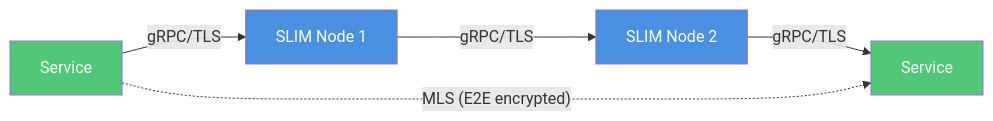
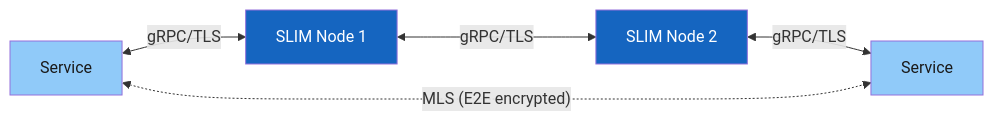
Before and after one commit to agntcy/blogs: the fourth of 7 diagrams in presentations/slim-multicluster-demo/slim-multicluster-demo.md, drawn with Mermaid. The commit also changed other lines of this file, not shown here.

````diff
--- a/presentations/slim-multicluster-demo/slim-multicluster-demo.md
+++ b/presentations/slim-multicluster-demo/slim-multicluster-demo.md
@@ -225,13 +225,13 @@
 ```mermaid
 graph LR
-    A1[Service] -- "gRPC/TLS" --> SN1[SLIM Node 1]
-    SN1 -- "gRPC/TLS" --> SN2[SLIM Node 2]
-    SN2 -- "gRPC/TLS" --> A2[Service]
+    A1[Service] <-- "gRPC/TLS" --> SN1[SLIM Node 1]
+    SN1 <-- "gRPC/TLS" --> SN2[SLIM Node 2]
+    SN2 <-- "gRPC/TLS" --> A2[Service]
 
-    A1 -. "MLS (E2E encrypted)" .-> A2
+    A1 <-. "MLS (E2E encrypted)" .-> A2
 
-    style SN1 fill:#4A90E2,color:#fff
-    style SN2 fill:#4A90E2,color:#fff
-    style A1 fill:#50C878,color:#fff
-    style A2 fill:#50C878,color:#fff
+    style SN1 fill:#1565C0,color:#fff
+    style SN2 fill:#1565C0,color:#fff
+    style A1 fill:#90CAF9,color:#1a1a1a
+    style A2 fill:#90CAF9,color:#1a1a1a
 ```
````
